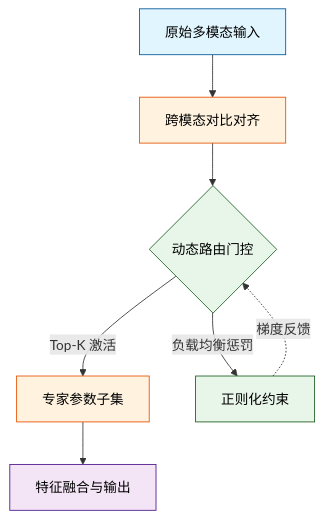
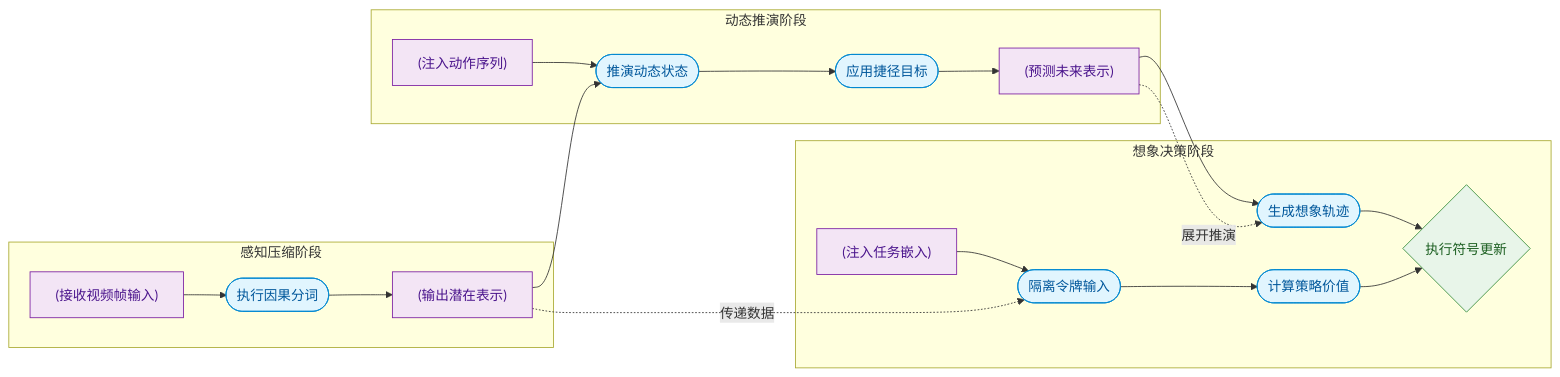
Before and after one commit to ShinewineW/paper-rolling: the second of 10 diagrams in person_vault/2026-06-12_TrainingAgentsInsideOfScalableWorldModel_2509.24527/report.md, drawn with Mermaid. The commit also changed other lines of this file and 51 other files, not shown here.

````diff
--- a/person_vault/2026-06-12_TrainingAgentsInsideOfScalableWorldModel_2509.24527/report.md
+++ b/person_vault/2026-06-12_TrainingAgentsInsideOfScalableWorldModel_2509.24527/report.md
@@ -91,14 +79,29 @@
 ```mermaid
-flowchart TB
-    classDef input fill:#e1f5fe,stroke:#01579b,color:#000;
-    classDef process fill:#fff3e0,stroke:#e65100,color:#000;
-    classDef decision fill:#e8f5e9,stroke:#1b5e20,color:#000;
-    classDef output fill:#f3e5f5,stroke:#4a148c,color:#000;
+flowchart LR
+  classDef data fill:#f3e5f5,color:#4a148c,stroke:#7b1fa2
+  classDef proc fill:#e1f5fe,color:#01579b,stroke:#0288d1
+  classDef dec fill:#e8f5e9,color:#1b5e20,stroke:#388e3c
 
-    raw_input["原始多模态输入"]:::input --> align_proc["跨模态对比对齐"]:::process
-    align_proc --> gate_dec{动态路由门控}:::decision
-    gate_dec -->|Top-K 激活| expert_pool["专家参数子集"]:::process
-    gate_dec -->|负载均衡惩罚| reg_loss["正则化约束"]:::decision
-    expert_pool --> fuse_op["特征融合与输出"]:::output
-    reg_loss -.->|梯度反馈| gate_dec
+  subgraph 感知压缩 ["感知压缩阶段"]
+    v_in["(接收视频帧输入)"]:::data --> tok_enc(["执行因果分词"]):::proc
+    tok_enc --> z_lat["(输出潜在表示)"]:::data
+  end
+
+  subgraph 动态推演 ["动态推演阶段"]
+    z_lat --> dyn_mod(["推演动态状态"]):::proc
+    a_seq["(注入动作序列)"]:::data --> dyn_mod
+    dyn_mod --> sf_obj(["应用捷径目标"]):::proc
+    sf_obj --> z_pred["(预测未来表示)"]:::data
+  end
+
+  subgraph 想象决策 ["想象决策阶段"]
+    z_pred --> imag_roll(["生成想象轨迹"]):::proc
+    q_emb["(注入任务嵌入)"]:::data --> ag_tok(["隔离令牌输入"]):::proc
+    ag_tok --> pol_val(["计算策略价值"]):::proc
+    imag_roll --> pmpo_opt{执行符号更新}:::dec
+    pol_val --> pmpo_opt
+  end
+
+  z_lat -.传递数据.-> ag_tok
+  z_pred -.展开推演.-> imag_roll
 ```
````
